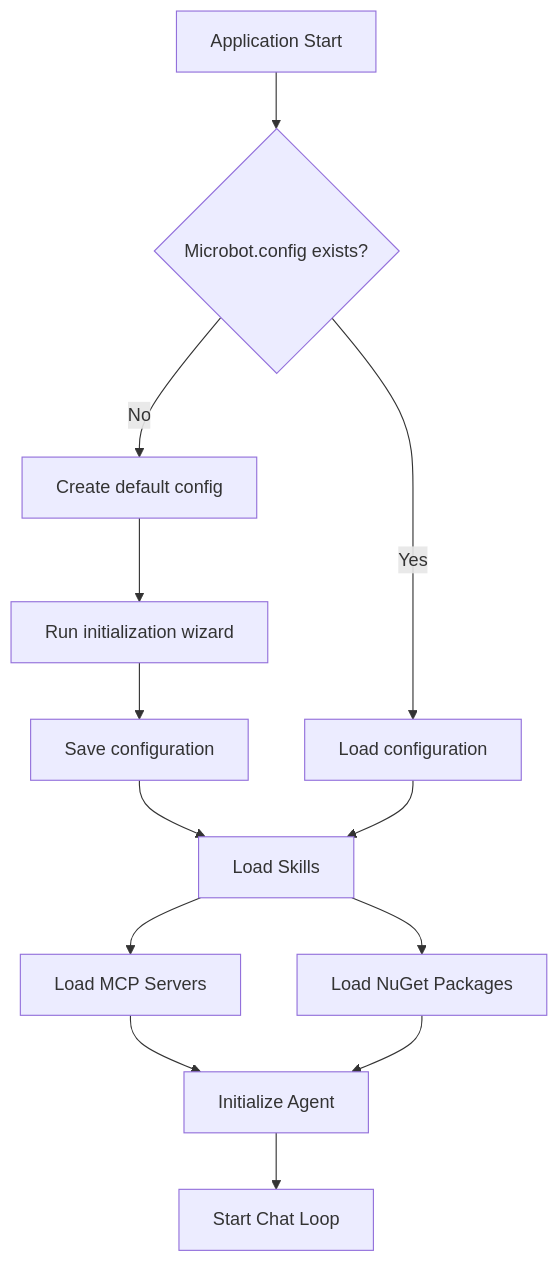
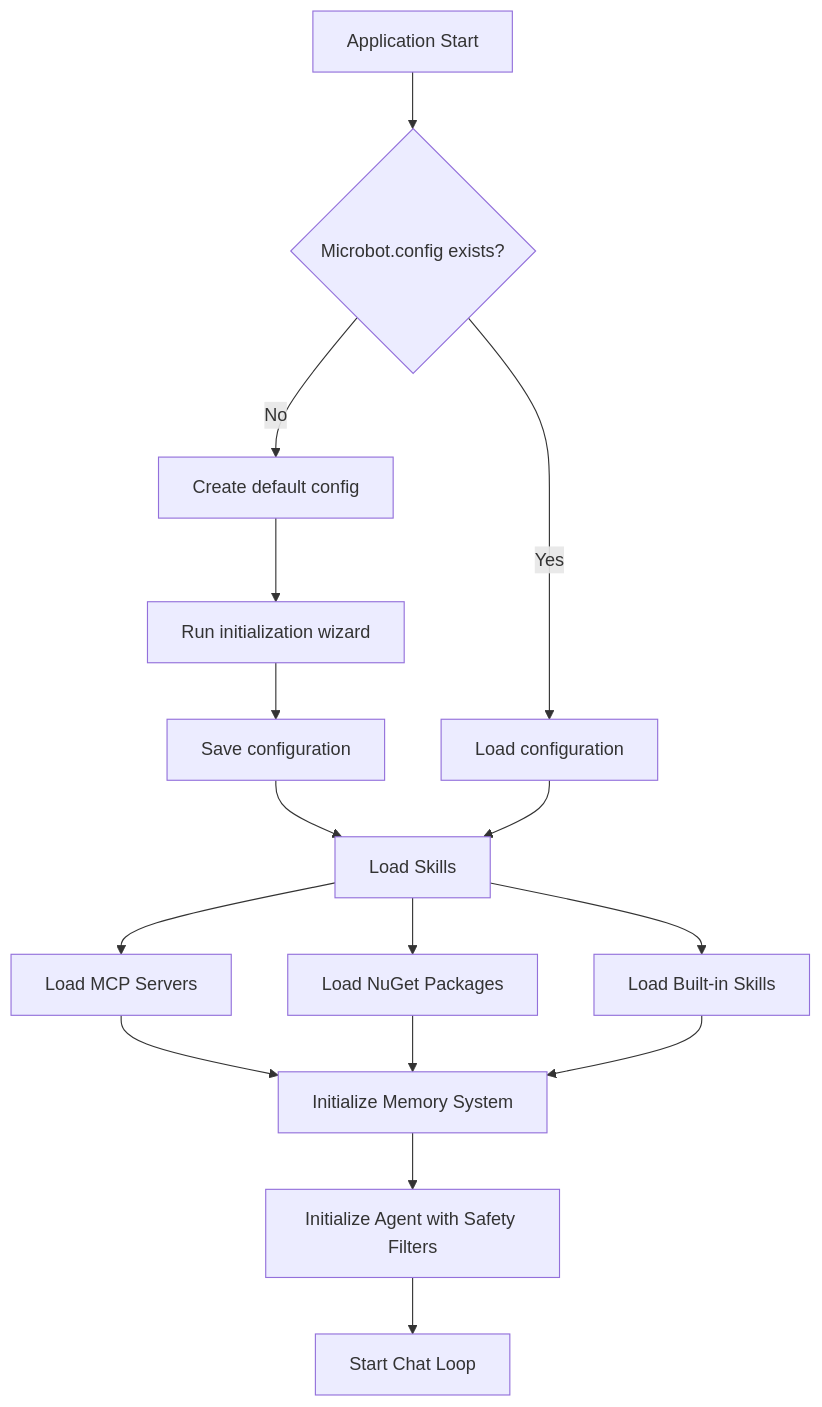
The second of 4 diagrams in plans/microbot-architecture.md (panuoksala/Microbot), drawn with Mermaid before and after one commit. The commit also changed other lines of this file and 1 other file, not shown here.

````diff
--- a/plans/microbot-architecture.md
+++ b/plans/microbot-architecture.md
@@ -134,15 +333,18 @@
 ```mermaid
 flowchart TD
     Start[Application Start] --> CheckConfig{Microbot.config exists?}
     CheckConfig -->|No| CreateConfig[Create default config]
     CreateConfig --> InitWizard[Run initialization wizard]
     InitWizard --> SaveConfig[Save configuration]
     SaveConfig --> LoadSkills
     CheckConfig -->|Yes| LoadConfig[Load configuration]
     LoadConfig --> LoadSkills[Load Skills]
     LoadSkills --> LoadMcp[Load MCP Servers]
     LoadSkills --> LoadNuGet[Load NuGet Packages]
-    LoadMcp --> InitAgent[Initialize Agent]
-    LoadNuGet --> InitAgent
+    LoadSkills --> LoadBuiltIn[Load Built-in Skills]
+    LoadMcp --> InitMemory[Initialize Memory System]
+    LoadNuGet --> InitMemory
+    LoadBuiltIn --> InitMemory
+    InitMemory --> InitAgent[Initialize Agent with Safety Filters]
     InitAgent --> StartChat[Start Chat Loop]
 ```
````
